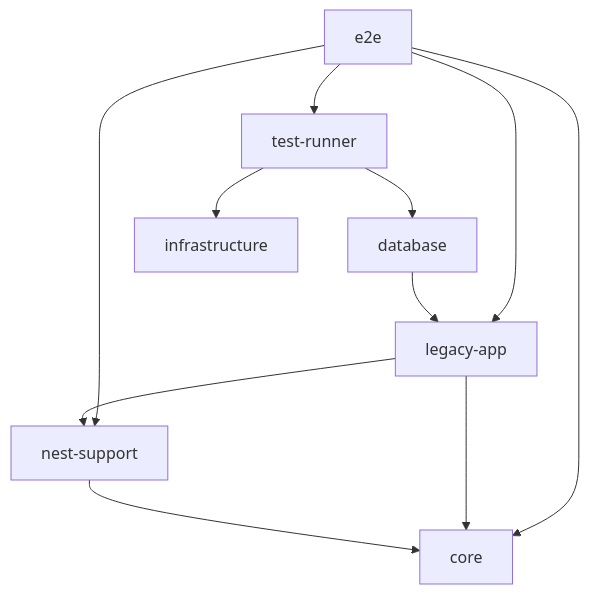
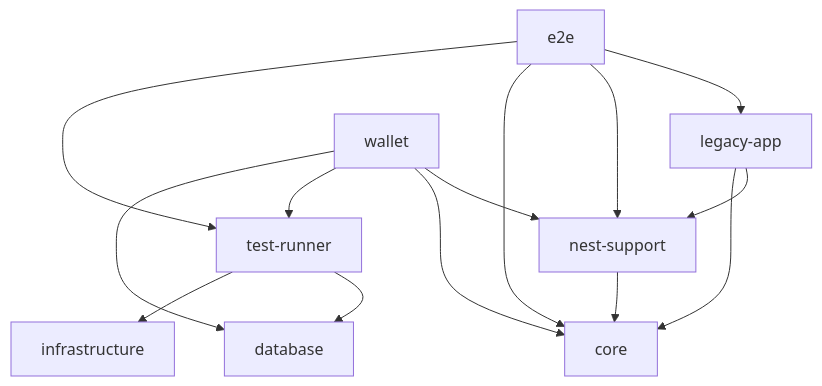
Before and after one commit to danilomartinelli/domain-driven-hexagon-scaffold: the diagram in docs/nx-workspace.md, drawn with Mermaid. The commit also changed other lines of this file and 61 other files, not shown here.

````diff
--- a/docs/nx-workspace.md
+++ b/docs/nx-workspace.md
@@ -36,13 +39,16 @@
 ```mermaid
 graph TD
   e2e --> legacy-app
   e2e --> nest-support
   e2e --> core
   e2e --> test-runner
+  wallet --> nest-support
+  wallet --> core
+  wallet --> test-runner
+  wallet --> database
   test-runner --> database
   test-runner --> infrastructure
-  database --> legacy-app
   legacy-app --> nest-support
   legacy-app --> core
   nest-support --> core
 ```
````
